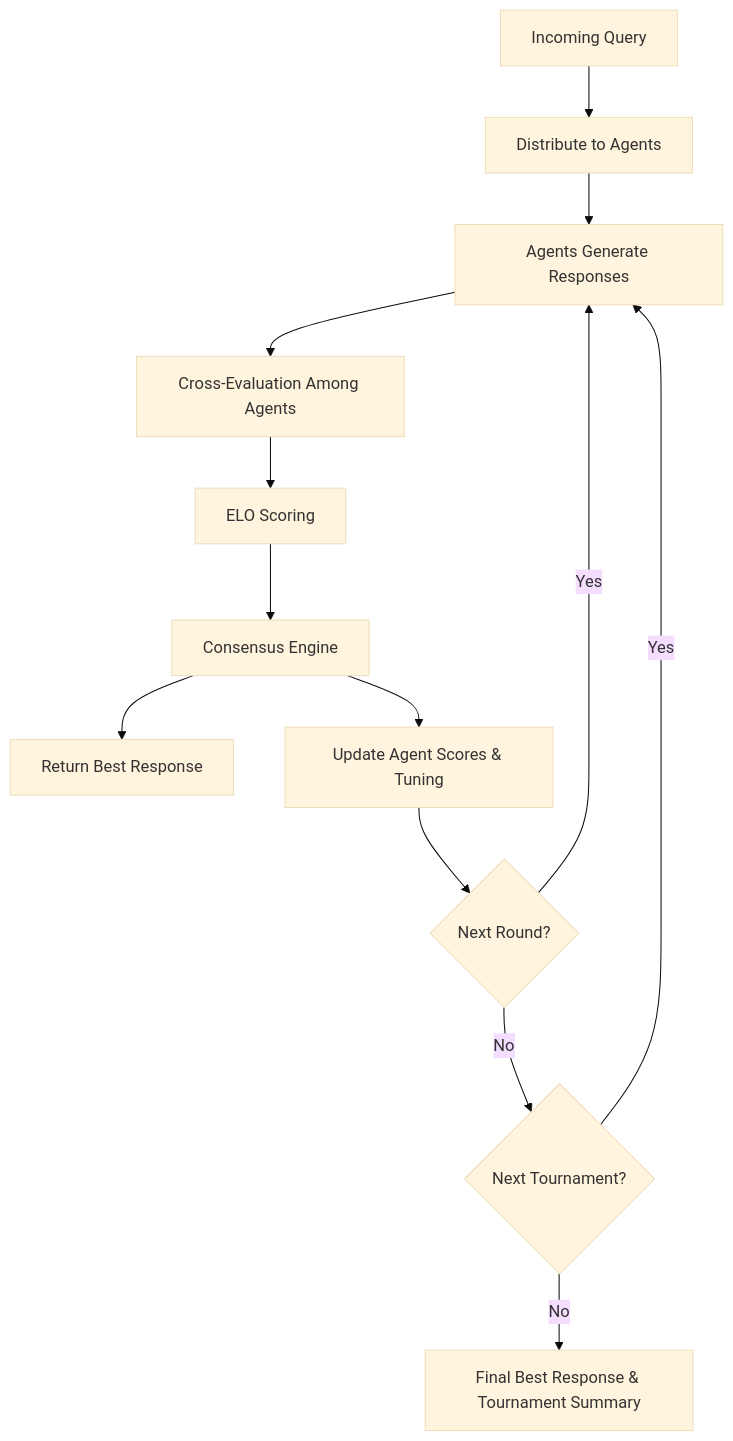
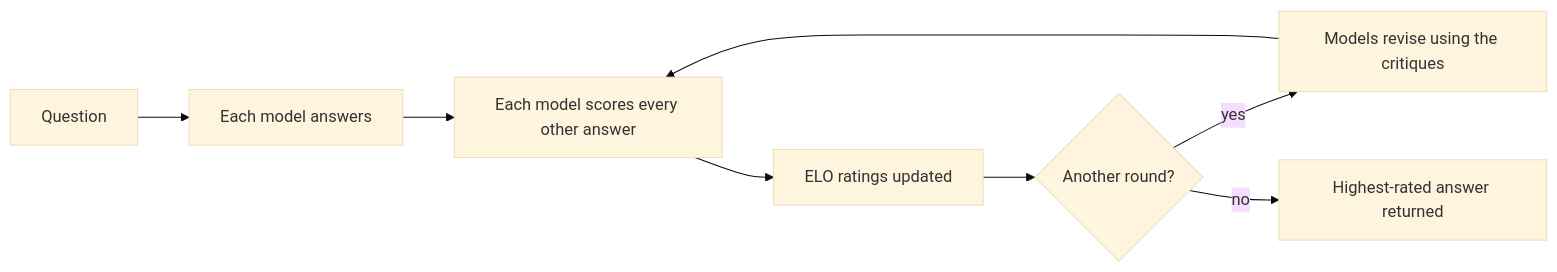
The diagram in README.md (OmerJauhar/ART), drawn with Mermaid (base theme) before and after one commit. The commit also changed other lines of this file, not shown here.

````diff
--- a/README.md
+++ b/README.md
@@ -236,15 +17,10 @@
 ```mermaid
-flowchart TD
-    A[Incoming Query] --> B[Distribute to Agents]
-    B --> C[Agents Generate Responses]
-    C --> D[Cross-Evaluation Among Agents]
-    D --> E[ELO Scoring]
-    E --> F[Consensus Engine]
-    F --> G[Return Best Response]
-    F --> H[Update Agent Scores & Tuning]
-    H --> I{Next Round?}
-    I -- Yes --> C
-    I -- No --> J{Next Tournament?}
-    J -- Yes --> C
-    J -- No --> K[Final Best Response & Tournament Summary]
+flowchart LR
+    Q[Question] --> A[Each model answers]
+    A --> C[Each model scores every other answer]
+    C --> E[ELO ratings updated]
+    E --> R{Another round?}
+    R -- yes --> V[Models revise using the critiques]
+    V --> C
+    R -- no --> W[Highest-rated answer returned]
 ```
````
